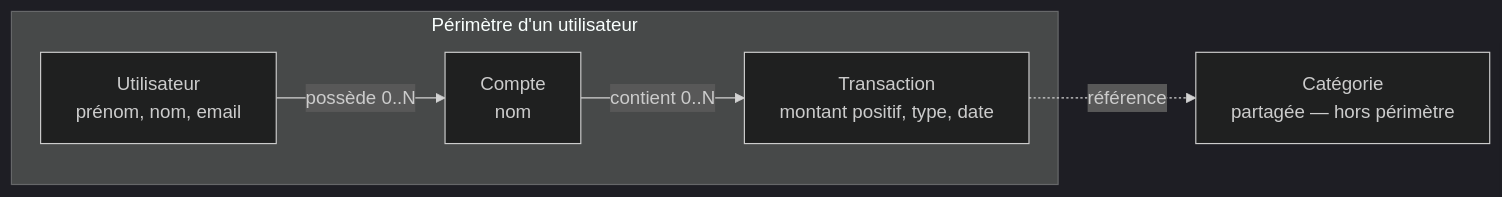
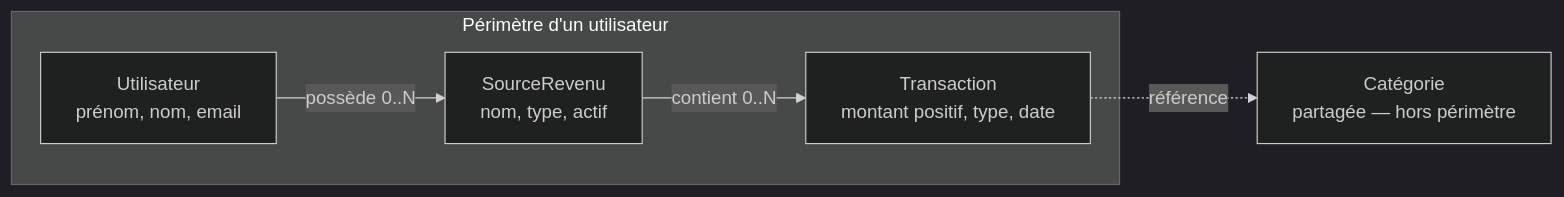
The second of 2 diagrams in README.md (ManzaraG/Bulget.API.Net8), drawn with Mermaid (dark theme) before and after one commit. The commit also changed other lines of this file and 51 other files, not shown here.

Commit message:
feat(sources-revenu): remplace le concept Compte par SourceRevenu (type, EstActif, activation)

````diff
--- a/README.md
+++ b/README.md
@@ -98,8 +98,8 @@
 ```mermaid
 flowchart LR
     subgraph Perimetre["Périmètre d'un utilisateur"]
-        U["Utilisateur<br/>prénom, nom, email"] -->|"possède 0..N"| C["Compte<br/>nom"]
+        U["Utilisateur<br/>prénom, nom, email"] -->|"possède 0..N"| C["SourceRevenu<br/>nom, type, actif"]
         C -->|"contient 0..N"| T["Transaction<br/>montant positif, type, date"]
     end
     T -.->|référence| Cat["Catégorie<br/>partagée — hors périmètre"]
 ```
````
